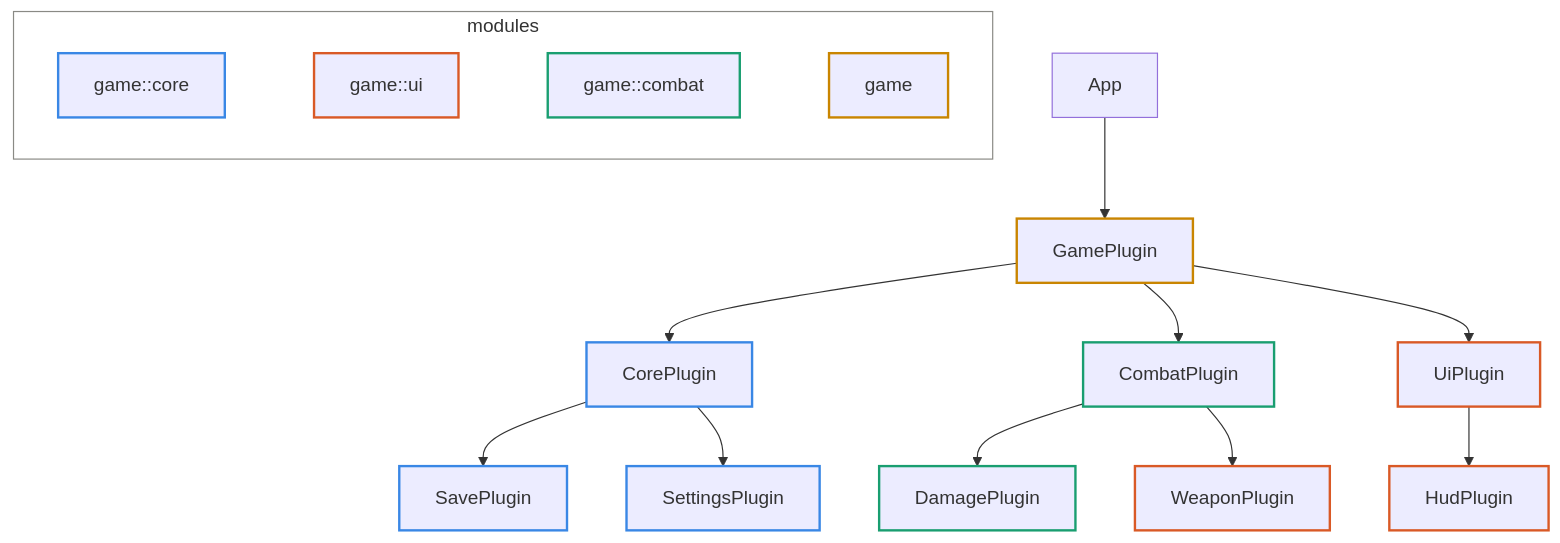
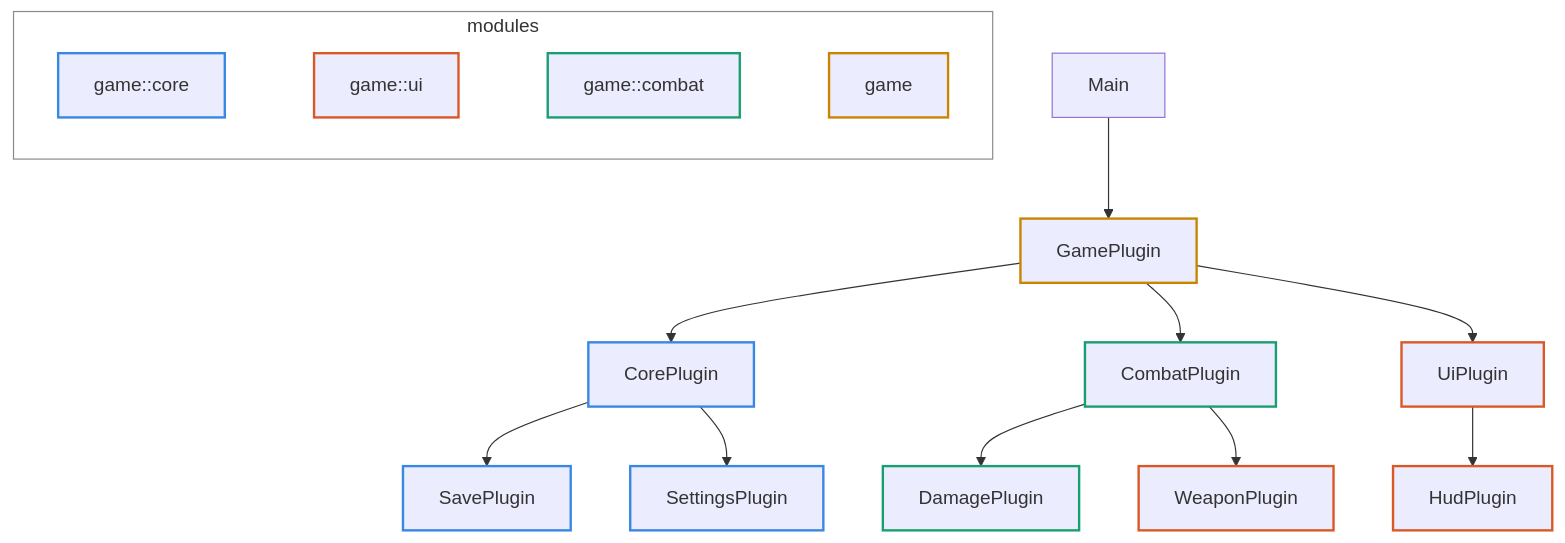
The diagram in README.md (Novakasa/bevy-plugin-graph), drawn with Mermaid before and after one commit. The commit also changed other lines of this file and 5 other files, not shown here.

````diff
--- a/README.md
+++ b/README.md
@@ -52,39 +76,39 @@
 ```mermaid
 flowchart TD
-    n0["App"]
+    n0["Main"]
     n1["GamePlugin"]
     n2["CorePlugin"]
     n3["SavePlugin"]
     n4["SettingsPlugin"]
     n5["CombatPlugin"]
     n6["DamagePlugin"]
     n7["WeaponPlugin"]
     n8["UiPlugin"]
     n9["HudPlugin"]
     n0 --> n1
     n1 --> n2
     n2 --> n3
     n2 --> n4
     n1 --> n5
     n5 --> n6
     n5 --> n7
     n1 --> n8
     n8 --> n9
     subgraph legend["modules"]
         direction LR
         l0["game::core"]
         l1["game::ui"]
         l2["game::combat"]
         l3["game"]
         l0 ~~~ l1 ~~~ l2 ~~~ l3
     end
     style legend fill:none,stroke:#8a8a85,stroke-width:1px
     classDef m0 stroke:#3987e5,stroke-width:2px
     classDef m1 stroke:#d95926,stroke-width:2px
     classDef m2 stroke:#199e70,stroke-width:2px
     classDef m3 stroke:#c98500,stroke-width:2px
     class n2,n3,n4,l0 m0
     class n7,n8,n9,l1 m1
     class n5,n6,l2 m2
     class n1,l3 m3
 ```
````
